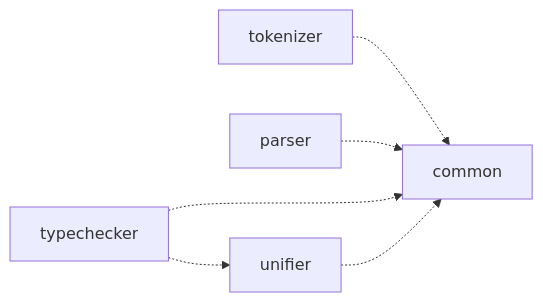
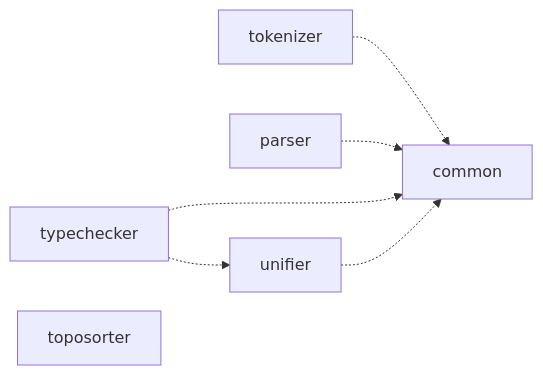
The diagram in CLAUDE.md (hoplang/hop), drawn with Mermaid before and after one commit. The commit also changed other lines of this file and 13 other files, not shown here.

````diff
--- a/CLAUDE.md
+++ b/CLAUDE.md
@@ -24,8 +25,9 @@
 ```mermaid
 graph LR
     tokenizer -.-> common
     parser -.-> common
     typechecker -.-> common
     unifier -.-> common
     typechecker -.-> unifier
+    toposorter
 ```
````
